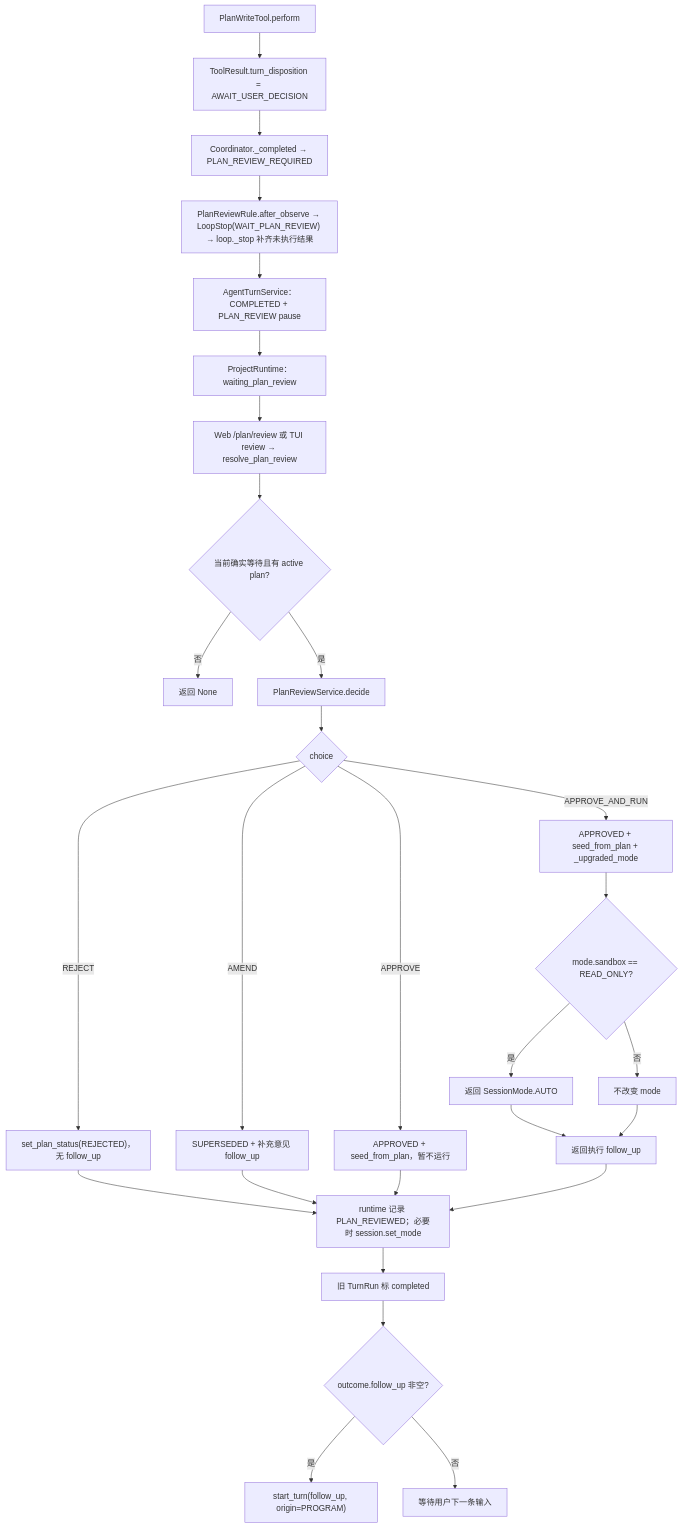
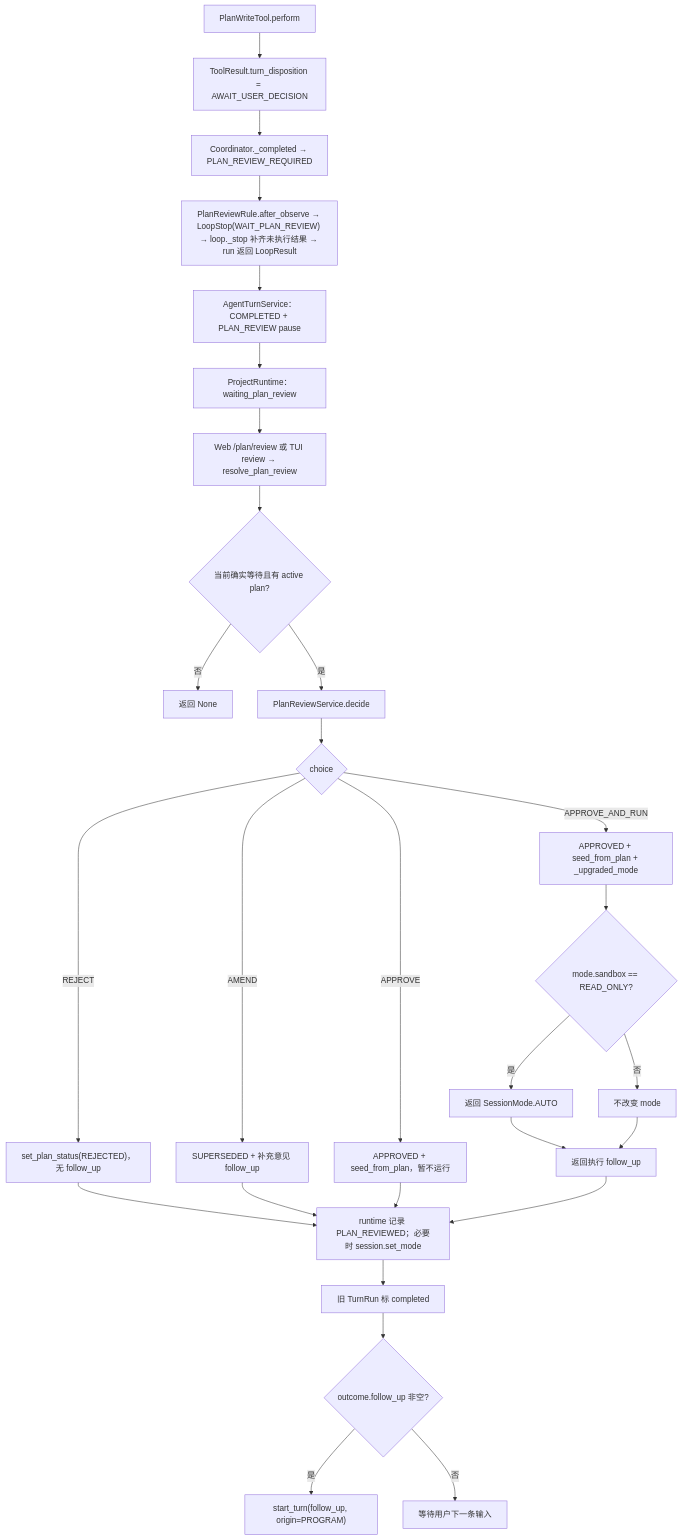
Diagram 27 of 54 in docs/06-代码阅读线路.md (qubaolai/ForgeCLI), drawn with Mermaid before and after one commit. The commit also changed other lines of this file and 59 other files, not shown here.

````diff
--- a/docs/06-代码阅读线路.md
+++ b/docs/06-代码阅读线路.md
@@ -1089,30 +1116,30 @@
 ```mermaid
 flowchart TD
     A["PlanWriteTool.perform"] --> B["ToolResult.turn_disposition = AWAIT_USER_DECISION"]
     B --> C["Coordinator._completed → PLAN_REVIEW_REQUIRED"]
-    C --> D["PlanReviewRule.after_observe → LoopStop(WAIT_PLAN_REVIEW) → loop._stop 补齐未执行结果"]
+    C --> D["PlanReviewRule.after_observe → LoopStop(WAIT_PLAN_REVIEW) → loop._stop 补齐未执行结果 → run 返回 LoopResult"]
     D --> E["AgentTurnService：COMPLETED + PLAN_REVIEW pause"]
     E --> F["ProjectRuntime：waiting_plan_review"]
     F --> G["Web /plan/review 或 TUI review → resolve_plan_review"]
     G --> H{"当前确实等待且有 active plan?"}
     H -->|否| I["返回 None"]
     H -->|是| J["PlanReviewService.decide"]
     J --> K{"choice"}
     K -->|REJECT| L["set_plan_status(REJECTED)，无 follow_up"]
     K -->|AMEND| M["SUPERSEDED + 补充意见 follow_up"]
     K -->|APPROVE| N["APPROVED + seed_from_plan，暂不运行"]
     K -->|APPROVE_AND_RUN| O["APPROVED + seed_from_plan + _upgraded_mode"]
     O --> P{"mode.sandbox == READ_ONLY?"}
     P -->|是| Q["返回 SessionMode.AUTO"]
     P -->|否| R["不改变 mode"]
     Q --> S["返回执行 follow_up"]
     R --> S
     L --> T["runtime 记录 PLAN_REVIEWED；必要时 session.set_mode"]
     M --> T
     N --> T
     S --> T
     T --> U["旧 TurnRun 标 completed"]
     U --> V{"outcome.follow_up 非空?"}
     V -->|是| W["start_turn(follow_up, origin=PROGRAM)"]
     V -->|否| X["等待用户下一条输入"]
 ```
````
